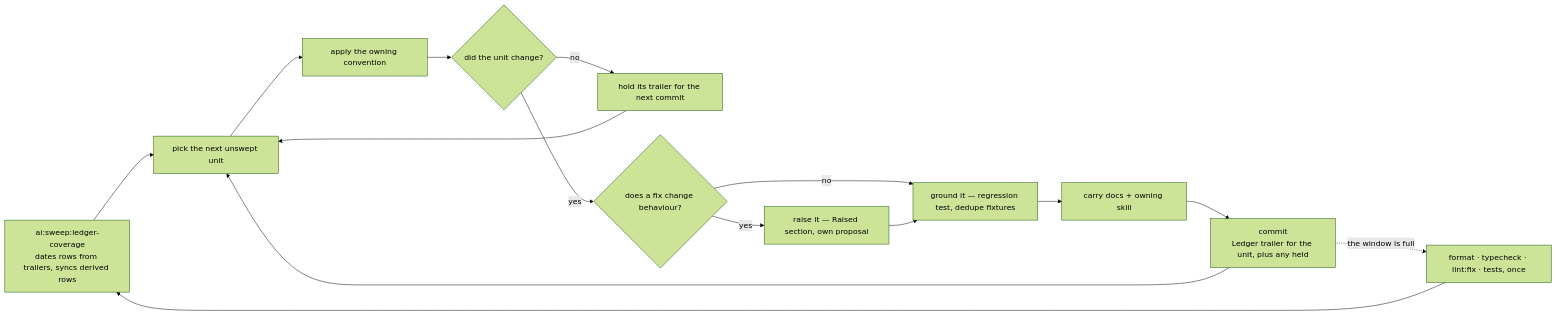
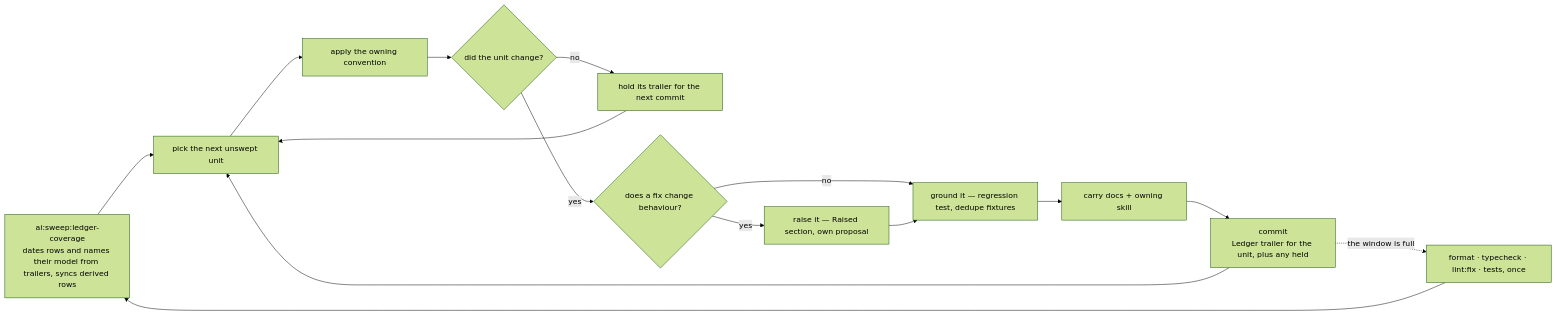
Before and after one commit to Esposter/Esposter: the diagram in .agents/skills/sweeps/SKILL.md, drawn with Mermaid (forest theme). The commit also changed other lines of this file and 76 other files, not shown here.

````diff
--- a/.agents/skills/sweeps/SKILL.md
+++ b/.agents/skills/sweeps/SKILL.md
@@ -45,17 +45,17 @@
 ```mermaid
 flowchart LR
-  COVER["ai:sweep:ledger-coverage<br/>dates rows from trailers, syncs derived rows"] --> PICK["pick the next unswept unit"]
+  COVER["ai:sweep:ledger-coverage<br/>dates rows and names their model from trailers, syncs derived rows"] --> PICK["pick the next unswept unit"]
   PICK --> APPLY["apply the owning convention"]
   APPLY --> CHANGED{"did the unit change?"}
   CHANGED -->|"no"| HOLD["hold its trailer for the next commit"]
   HOLD --> PICK
   CHANGED -->|"yes"| GATE{"does a fix change behaviour?"}
   GATE -->|"yes"| RAISE["raise it — Raised section, own proposal"]
   GATE -->|"no"| TESTS["ground it — regression test, dedupe fixtures"]
   RAISE --> TESTS
   TESTS --> CARRY["carry docs + owning skill"]
   CARRY --> TICK["commit<br/>Ledger trailer for the unit, plus any held"]
   TICK --> PICK
   TICK -.->|"the window is full"| CHECK["format · typecheck · lint:fix · tests, once"]
   CHECK --> COVER
 ```
````
